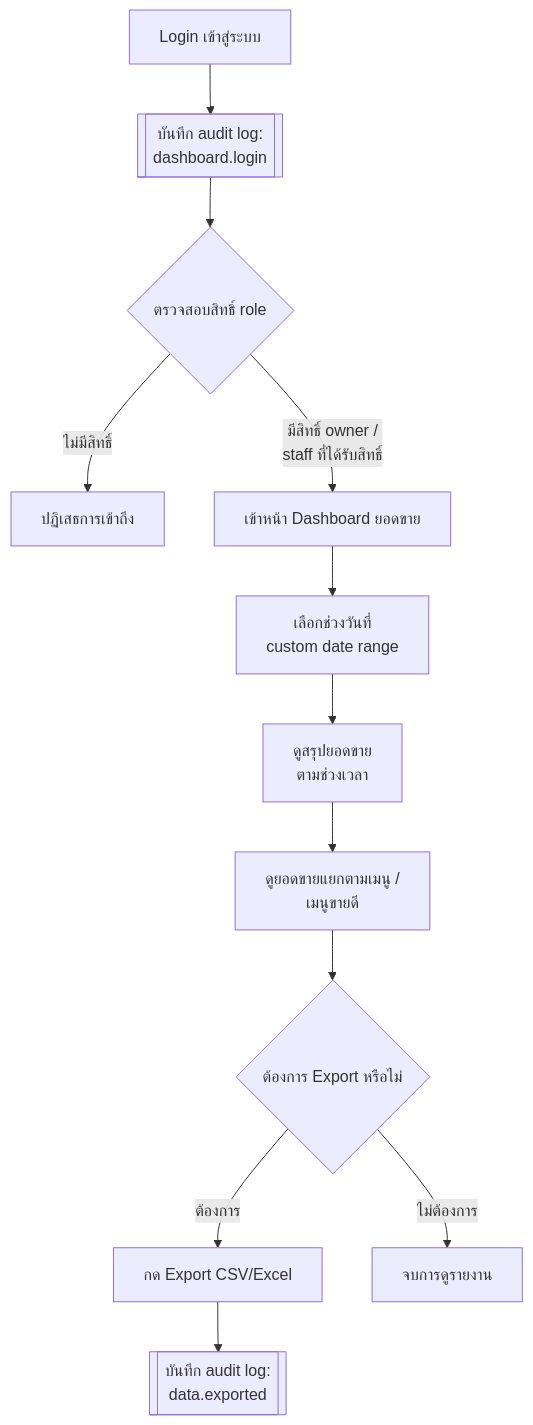
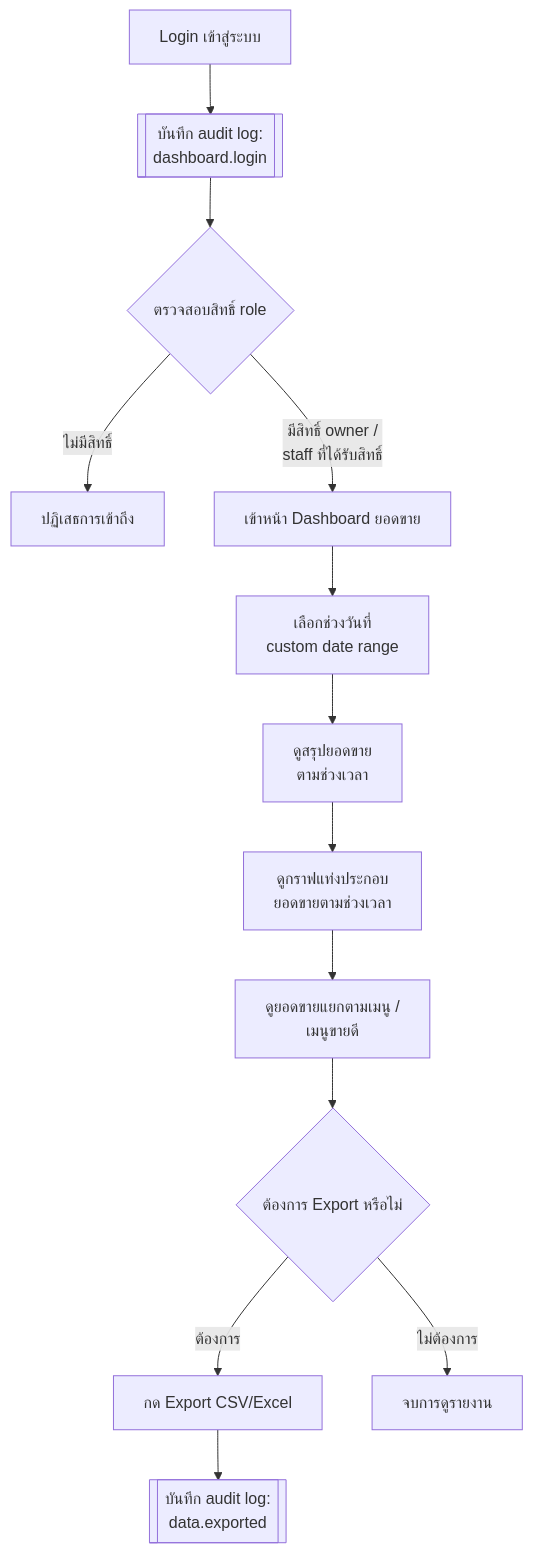
Before and after one commit to kawitafua/demo-project: the third of 3 diagrams in .docs/02-design/01-prototypes/20260829-01-user-journeys.md, drawn with Mermaid. The commit also changed other lines of this file and 2 other files, not shown here.

````diff
--- a/.docs/02-design/01-prototypes/20260829-01-user-journeys.md
+++ b/.docs/02-design/01-prototypes/20260829-01-user-journeys.md
@@ -74,14 +74,15 @@
 ```mermaid
 flowchart TD
     A[Login เข้าสู่ระบบ] --> B[[บันทึก audit log:<br/>dashboard.login]]
     B --> C{ตรวจสอบสิทธิ์ role}
     C -- ไม่มีสิทธิ์ --> D[ปฏิเสธการเข้าถึง]
     C -- มีสิทธิ์ owner /<br/>staff ที่ได้รับสิทธิ์ --> E[เข้าหน้า Dashboard ยอดขาย]
     E --> F[เลือกช่วงวันที่<br/>custom date range]
     F --> G[ดูสรุปยอดขาย<br/>ตามช่วงเวลา]
-    G --> H[ดูยอดขายแยกตามเมนู /<br/>เมนูขายดี]
+    G --> G2[ดูกราฟแท่งประกอบ<br/>ยอดขายตามช่วงเวลา]
+    G2 --> H[ดูยอดขายแยกตามเมนู /<br/>เมนูขายดี]
     H --> I{ต้องการ Export หรือไม่}
     I -- ต้องการ --> J[กด Export CSV/Excel]
     J --> K[[บันทึก audit log:<br/>data.exported]]
     I -- ไม่ต้องการ --> L[จบการดูรายงาน]
 ```
````
